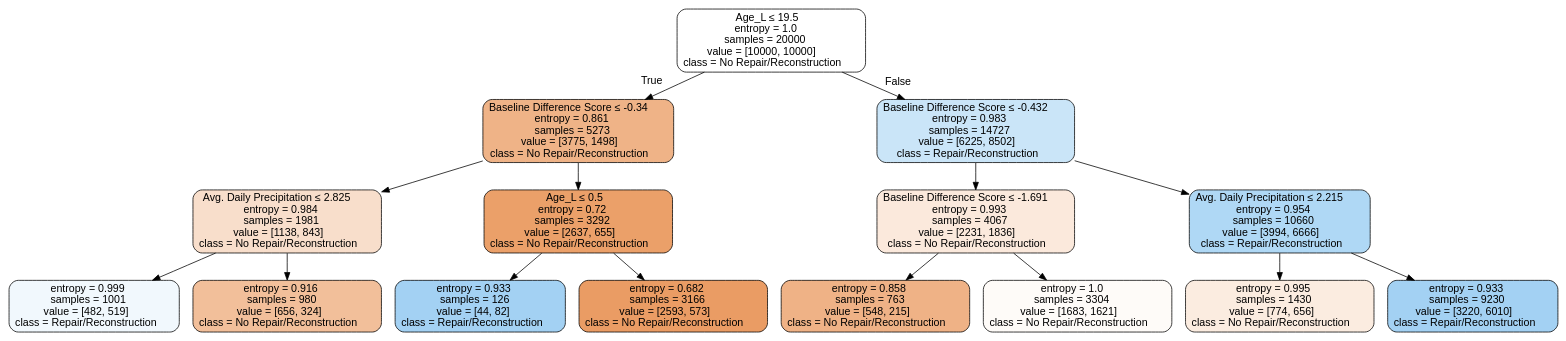
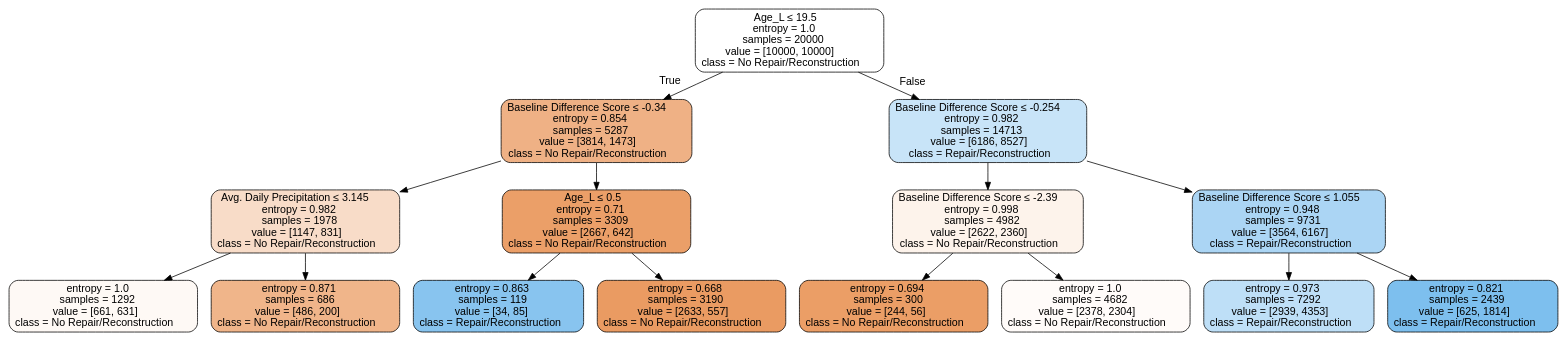
One commit to kaleoyster/nbi-predictive-analysis changed the diagram in tree.dot. Above: the diagram before and after it, drawn with Graphviz. The commit also changed 1 other file, not shown here.

```diff
--- a/tree.dot
+++ b/tree.dot
@@ -1,33 +1,33 @@
 digraph Tree {
 node [shape=box, style="filled, rounded", color="black", fontname=helvetica] ;
 edge [fontname=helvetica] ;
 0 [label=<Age_L &le; 19.5<br/>entropy = 1.0<br/>samples = 20000<br/>value = [10000, 10000]<br/>class = No Repair/Reconstruction>, fillcolor="#e5813900"] ;
-1 [label=<Baseline Difference Score &le; -0.34<br/>entropy = 0.861<br/>samples = 5273<br/>value = [3775, 1498]<br/>class = No Repair/Reconstruction>, fillcolor="#e581399a"] ;
+1 [label=<Baseline Difference Score &le; -0.34<br/>entropy = 0.854<br/>samples = 5287<br/>value = [3814, 1473]<br/>class = No Repair/Reconstruction>, fillcolor="#e581399d"] ;
 0 -> 1 [labeldistance=2.5, labelangle=45, headlabel="True"] ;
-2 [label=<Avg. Daily Precipitation &le; 2.825<br/>entropy = 0.984<br/>samples = 1981<br/>value = [1138, 843]<br/>class = No Repair/Reconstruction>, fillcolor="#e5813942"] ;
+2 [label=<Avg. Daily Precipitation &le; 3.145<br/>entropy = 0.982<br/>samples = 1978<br/>value = [1147, 831]<br/>class = No Repair/Reconstruction>, fillcolor="#e5813946"] ;
 1 -> 2 ;
-3 [label=<entropy = 0.999<br/>samples = 1001<br/>value = [482, 519]<br/>class = Repair/Reconstruction>, fillcolor="#399de512"] ;
+3 [label=<entropy = 1.0<br/>samples = 1292<br/>value = [661, 631]<br/>class = No Repair/Reconstruction>, fillcolor="#e581390c"] ;
 2 -> 3 ;
-4 [label=<entropy = 0.916<br/>samples = 980<br/>value = [656, 324]<br/>class = No Repair/Reconstruction>, fillcolor="#e5813981"] ;
+4 [label=<entropy = 0.871<br/>samples = 686<br/>value = [486, 200]<br/>class = No Repair/Reconstruction>, fillcolor="#e5813996"] ;
 2 -> 4 ;
-5 [label=<Age_L &le; 0.5<br/>entropy = 0.72<br/>samples = 3292<br/>value = [2637, 655]<br/>class = No Repair/Reconstruction>, fillcolor="#e58139c0"] ;
+5 [label=<Age_L &le; 0.5<br/>entropy = 0.71<br/>samples = 3309<br/>value = [2667, 642]<br/>class = No Repair/Reconstruction>, fillcolor="#e58139c2"] ;
 1 -> 5 ;
-6 [label=<entropy = 0.933<br/>samples = 126<br/>value = [44, 82]<br/>class = Repair/Reconstruction>, fillcolor="#399de576"] ;
+6 [label=<entropy = 0.863<br/>samples = 119<br/>value = [34, 85]<br/>class = Repair/Reconstruction>, fillcolor="#399de599"] ;
 5 -> 6 ;
-7 [label=<entropy = 0.682<br/>samples = 3166<br/>value = [2593, 573]<br/>class = No Repair/Reconstruction>, fillcolor="#e58139c7"] ;
+7 [label=<entropy = 0.668<br/>samples = 3190<br/>value = [2633, 557]<br/>class = No Repair/Reconstruction>, fillcolor="#e58139c9"] ;
 5 -> 7 ;
-8 [label=<Baseline Difference Score &le; -0.432<br/>entropy = 0.983<br/>samples = 14727<br/>value = [6225, 8502]<br/>class = Repair/Reconstruction>, fillcolor="#399de544"] ;
+8 [label=<Baseline Difference Score &le; -0.254<br/>entropy = 0.982<br/>samples = 14713<br/>value = [6186, 8527]<br/>class = Repair/Reconstruction>, fillcolor="#399de546"] ;
 0 -> 8 [labeldistance=2.5, labelangle=-45, headlabel="False"] ;
-9 [label=<Baseline Difference Score &le; -1.691<br/>entropy = 0.993<br/>samples = 4067<br/>value = [2231, 1836]<br/>class = No Repair/Reconstruction>, fillcolor="#e581392d"] ;
+9 [label=<Baseline Difference Score &le; -2.39<br/>entropy = 0.998<br/>samples = 4982<br/>value = [2622, 2360]<br/>class = No Repair/Reconstruction>, fillcolor="#e5813919"] ;
 8 -> 9 ;
-10 [label=<entropy = 0.858<br/>samples = 763<br/>value = [548, 215]<br/>class = No Repair/Reconstruction>, fillcolor="#e581399b"] ;
+10 [label=<entropy = 0.694<br/>samples = 300<br/>value = [244, 56]<br/>class = No Repair/Reconstruction>, fillcolor="#e58139c4"] ;
 9 -> 10 ;
-11 [label=<entropy = 1.0<br/>samples = 3304<br/>value = [1683, 1621]<br/>class = No Repair/Reconstruction>, fillcolor="#e5813909"] ;
+11 [label=<entropy = 1.0<br/>samples = 4682<br/>value = [2378, 2304]<br/>class = No Repair/Reconstruction>, fillcolor="#e5813908"] ;
 9 -> 11 ;
-12 [label=<Avg. Daily Precipitation &le; 2.215<br/>entropy = 0.954<br/>samples = 10660<br/>value = [3994, 6666]<br/>class = Repair/Reconstruction>, fillcolor="#399de566"] ;
+12 [label=<Baseline Difference Score &le; 1.055<br/>entropy = 0.948<br/>samples = 9731<br/>value = [3564, 6167]<br/>class = Repair/Reconstruction>, fillcolor="#399de56c"] ;
 8 -> 12 ;
-13 [label=<entropy = 0.995<br/>samples = 1430<br/>value = [774, 656]<br/>class = No Repair/Reconstruction>, fillcolor="#e5813927"] ;
+13 [label=<entropy = 0.973<br/>samples = 7292<br/>value = [2939, 4353]<br/>class = Repair/Reconstruction>, fillcolor="#399de553"] ;
 12 -> 13 ;
-14 [label=<entropy = 0.933<br/>samples = 9230<br/>value = [3220, 6010]<br/>class = Repair/Reconstruction>, fillcolor="#399de576"] ;
+14 [label=<entropy = 0.821<br/>samples = 2439<br/>value = [625, 1814]<br/>class = Repair/Reconstruction>, fillcolor="#399de5a7"] ;
 12 -> 14 ;
 }
```
